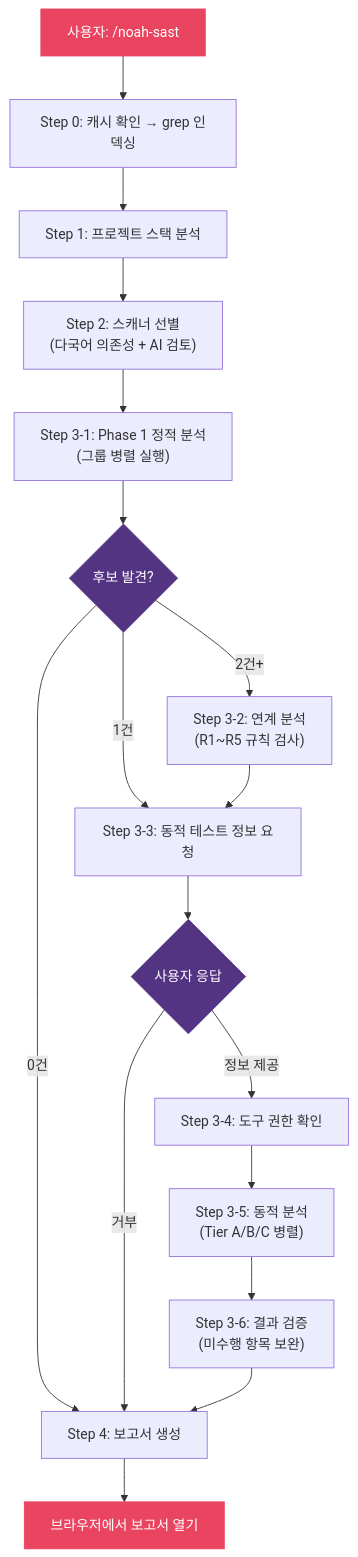
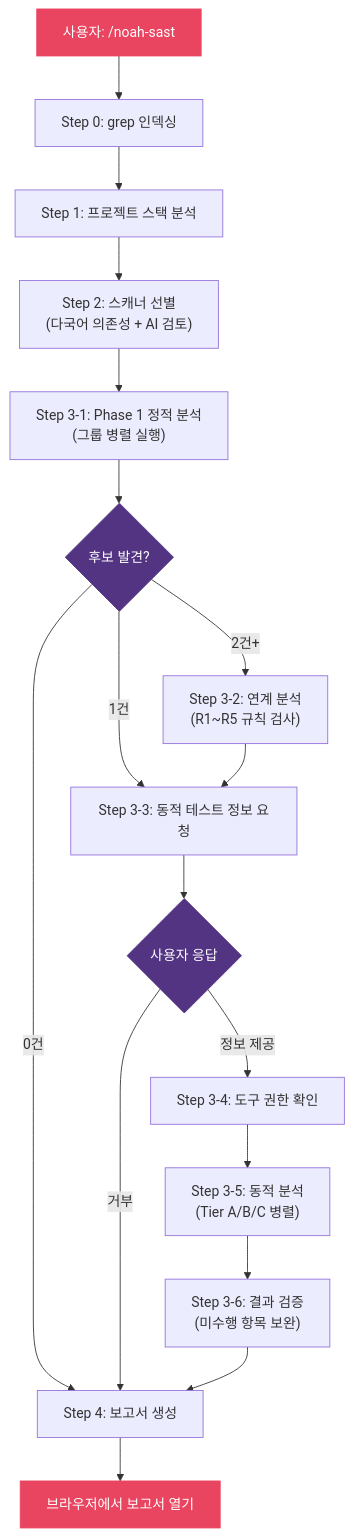
Before and after one commit to nomarlhack/noah-sast: the fifth of 5 diagrams in README.md, drawn with Mermaid. The commit also changed other lines of this file and 3 other files, not shown here.

````diff
--- a/README.md
+++ b/README.md
@@ -488,24 +461,24 @@
 ```mermaid
 flowchart TD
-    User["사용자: /noah-sast"] --> S0["Step 0: 캐시 확인 → grep 인덱싱"]
+    User["사용자: /noah-sast"] --> S0["Step 0: grep 인덱싱"]
     S0 --> S1["Step 1: 프로젝트 스택 분석"]
     S1 --> S2["Step 2: 스캐너 선별\n(다국어 의존성 + AI 검토)"]
     S2 --> S3["Step 3-1: Phase 1 정적 분석\n(그룹 병렬 실행)"]
     S3 --> Check{후보 발견?}
     Check -->|0건| S4["Step 4: 보고서 생성"]
     Check -->|2건+| Chain["Step 3-2: 연계 분석\n(R1~R5 규칙 검사)"]
     Check -->|1건| Ask
     Chain --> Ask["Step 3-3: 동적 테스트 정보 요청"]
     Ask --> UserReply{사용자 응답}
     UserReply -->|정보 제공| Perm["Step 3-4: 도구 권한 확인"]
     UserReply -->|거부| S4
     Perm --> Dynamic["Step 3-5: 동적 분석\n(Tier A/B/C 병렬)"]
     Dynamic --> Verify["Step 3-6: 결과 검증\n(미수행 항목 보완)"]
     Verify --> S4
     S4 --> Open["브라우저에서 보고서 열기"]
 
     style User fill:#e94560,stroke:#e94560,color:#fff
     style Open fill:#e94560,stroke:#e94560,color:#fff
     style Check fill:#533483,stroke:#533483,color:#fff
     style UserReply fill:#533483,stroke:#533483,color:#fff
 ```
````
